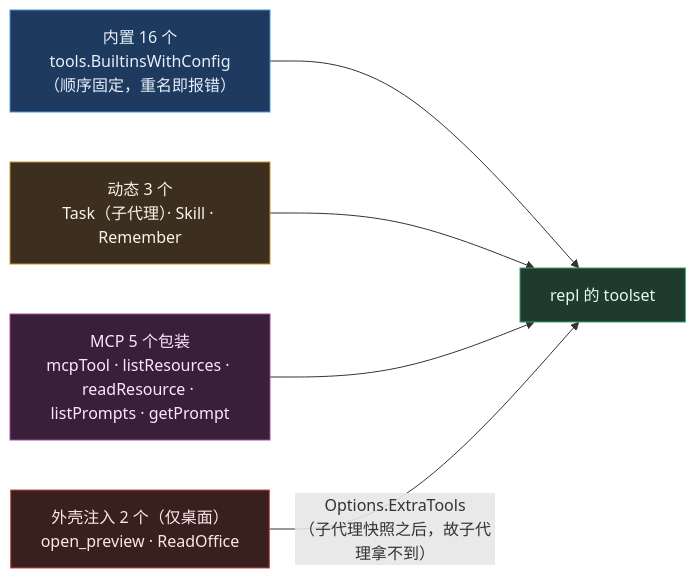
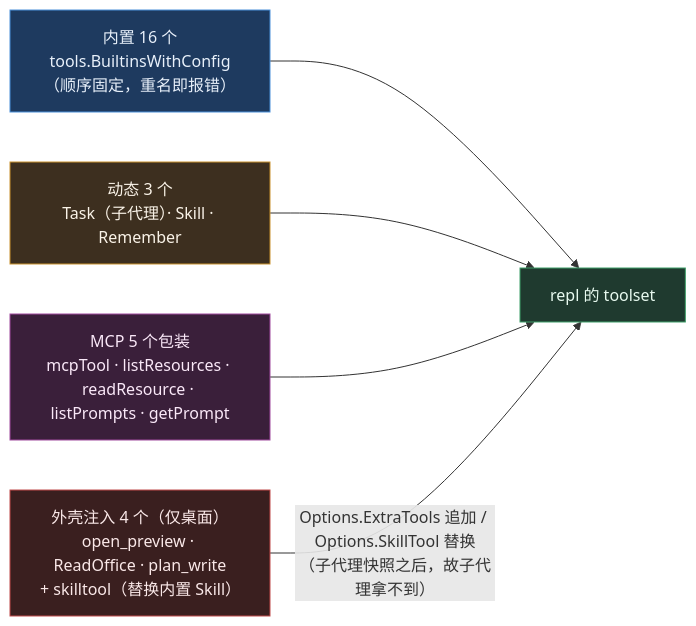
The third of 4 diagrams in docs/system-overview.md (mwt06/runcode-desktop), drawn with Mermaid before and after one commit. The commit also changed other lines of this file and 105 other files, not shown here.

````diff
--- a/docs/system-overview.md
+++ b/docs/system-overview.md
@@ -268,17 +272,17 @@
 ```mermaid
 flowchart LR
   R["repl 的 toolset"]:::c
   B["内置 16 个<br/>tools.BuiltinsWithConfig（顺序固定，重名即报错）"]:::b
   D["动态 3 个<br/>Task（子代理）· Skill · Remember"]:::d
   M["MCP 5 个包装<br/>mcpTool · listResources · readResource · listPrompts · getPrompt"]:::m
-  X["外壳注入 2 个（仅桌面）<br/>open_preview · ReadOffice"]:::x
+  X["外壳注入 4 个（仅桌面）<br/>open_preview · ReadOffice · plan_write<br/>+ skilltool（替换内置 Skill）"]:::x
   B --> R
   D --> R
   M --> R
-  X -->|"Options.ExtraTools<br/>（子代理快照之后，故子代理拿不到）"| R
+  X -->|"Options.ExtraTools 追加 / Options.SkillTool 替换<br/>（子代理快照之后，故子代理拿不到）"| R
   classDef c fill:#1f3a2f,stroke:#3fa06a,color:#e8faf0
   classDef b fill:#1e3a5f,stroke:#4a90d9,color:#e8f0fa
   classDef d fill:#3d2f1f,stroke:#c9922e,color:#faf3e8
   classDef m fill:#3a1f3a,stroke:#a04a9e,color:#fae8f8
   classDef x fill:#3a1f1f,stroke:#c04a4a,color:#fae8e8
 ```
````
